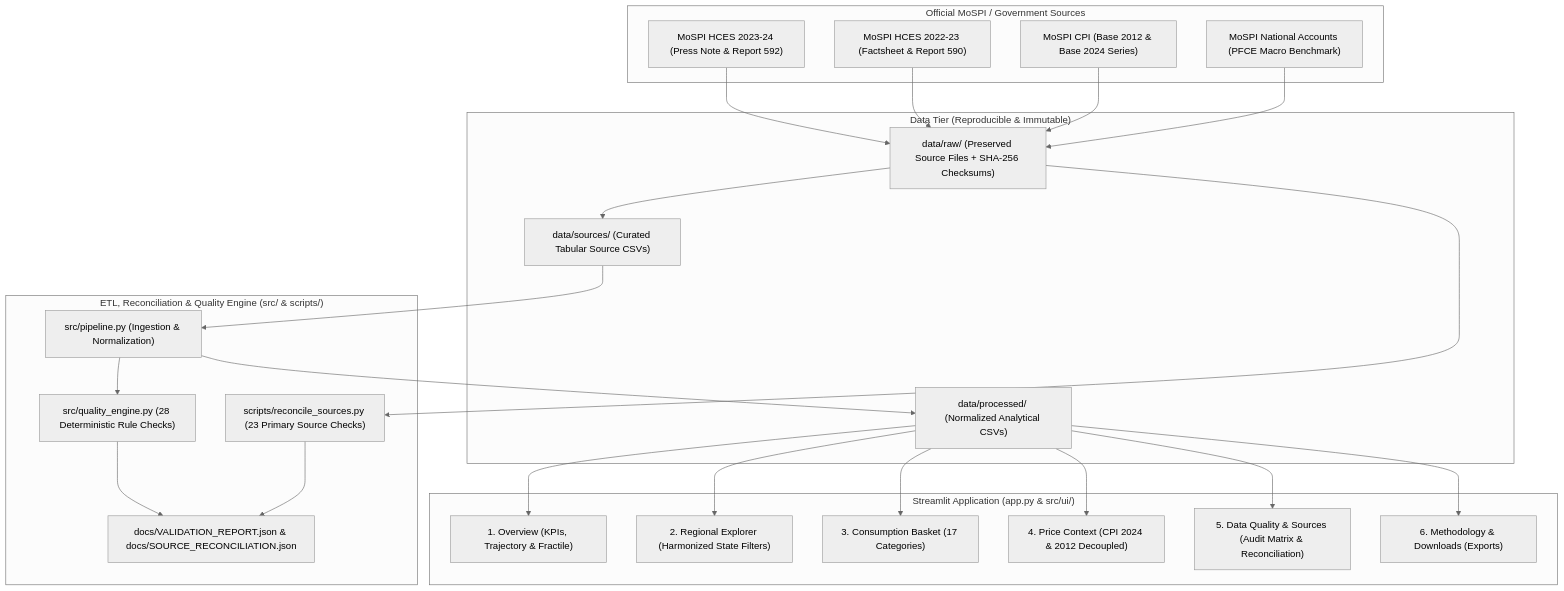
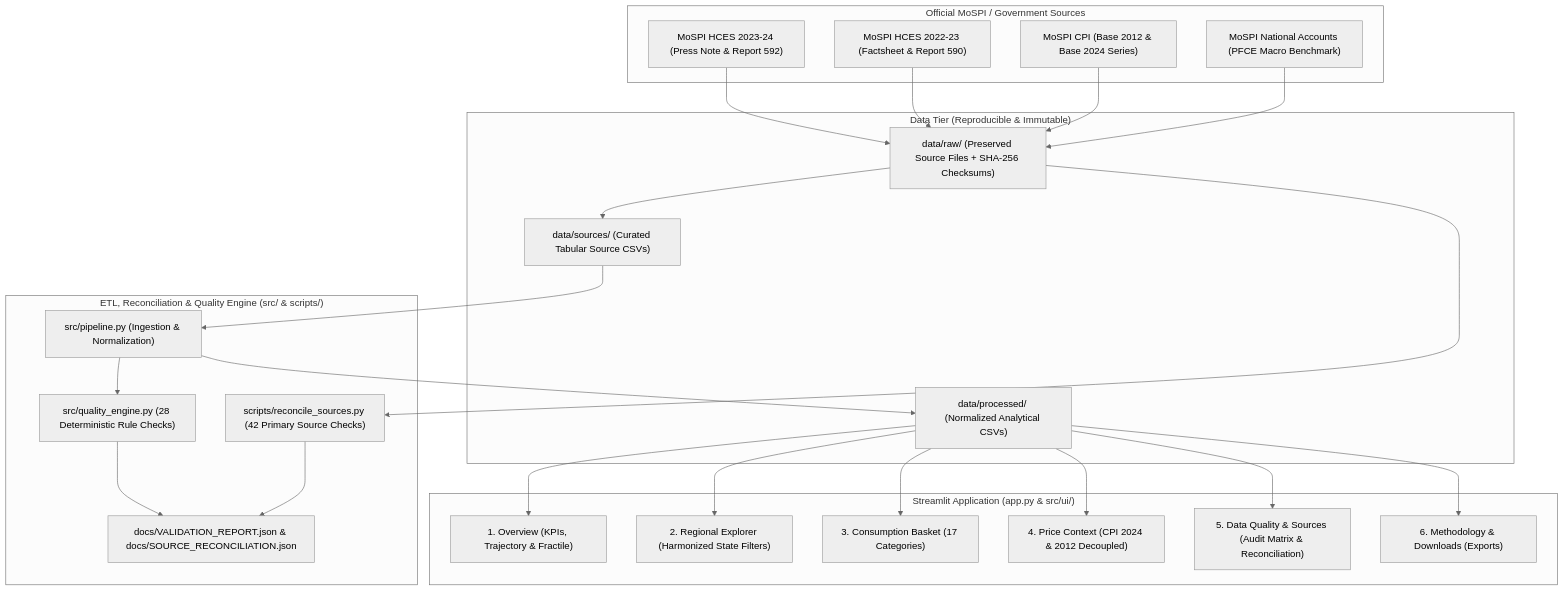
Before and after one commit to Rishika667/india-consumer-spending-intelligence: the diagram in docs/PROJECT_BLUEPRINT.md, drawn with Mermaid (neutral theme). The commit also changed other lines of this file and 12 other files, not shown here.

````diff
--- a/docs/PROJECT_BLUEPRINT.md
+++ b/docs/PROJECT_BLUEPRINT.md
@@ -76,49 +76,49 @@
 ```mermaid
 flowchart TD
     subgraph Data Sources ["Official MoSPI / Government Sources"]
         S1["MoSPI HCES 2023-24 (Press Note & Report 592)"]
         S2["MoSPI HCES 2022-23 (Factsheet & Report 590)"]
         S3["MoSPI CPI (Base 2012 & Base 2024 Series)"]
         S4["MoSPI National Accounts (PFCE Macro Benchmark)"]
     end
 
     subgraph Data Tier ["Data Tier (Reproducible & Immutable)"]
         Raw["data/raw/ (Preserved Source Files + SHA-256 Checksums)"]
         Src["data/sources/ (Curated Tabular Source CSVs)"]
         Proc["data/processed/ (Normalized Analytical CSVs)"]
     end
 
     subgraph Pipeline ["ETL, Reconciliation & Quality Engine (src/ & scripts/)"]
         Ingest["src/pipeline.py (Ingestion & Normalization)"]
-        Reconcile["scripts/reconcile_sources.py (23 Primary Source Checks)"]
+        Reconcile["scripts/reconcile_sources.py (42 Primary Source Checks)"]
         QC["src/quality_engine.py (28 Deterministic Rule Checks)"]
         Audit["docs/VALIDATION_REPORT.json & docs/SOURCE_RECONCILIATION.json"]
     end
 
     subgraph App Tier ["Streamlit Application (app.py & src/ui/)"]
         S_Overview["1. Overview (KPIs, Trajectory & Fractile)"]
         S_Regional["2. Regional Explorer (Harmonized State Filters)"]
         S_Basket["3. Consumption Basket (17 Categories)"]
         S_Price["4. Price Context (CPI 2024 & 2012 Decoupled)"]
         S_QC["5. Data Quality & Sources (Audit Matrix & Reconciliation)"]
         S_Method["6. Methodology & Downloads (Exports)"]
     end
 
     S1 --> Raw
     S2 --> Raw
     S3 --> Raw
     S4 --> Raw
     Raw --> Reconcile
     Raw --> Src
     Src --> Ingest
     Ingest --> QC
     QC --> Audit
     Reconcile --> Audit
     Ingest --> Proc
     Proc --> S_Overview
     Proc --> S_Regional
     Proc --> S_Basket
     Proc --> S_Price
     Proc --> S_QC
     Proc --> S_Method
 ```
````
